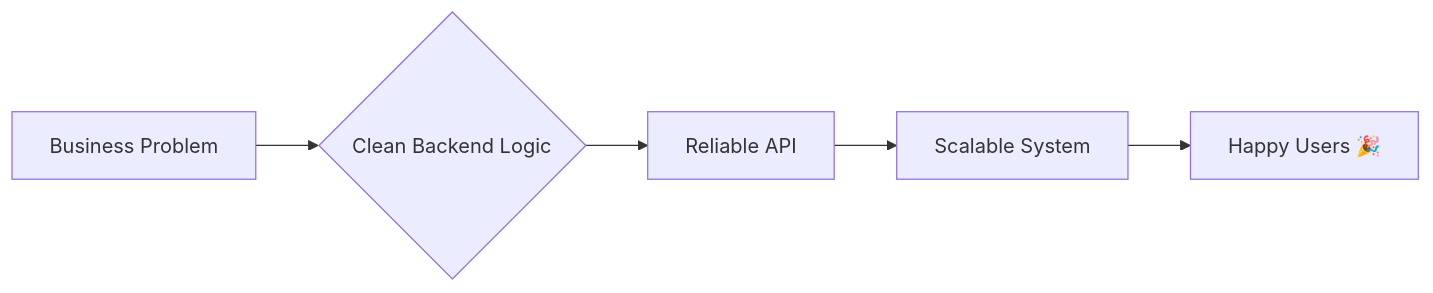
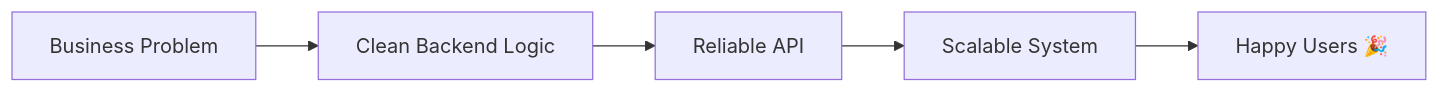
The diagram in README.md (thieuat7/thieuat7), drawn with Mermaid before and after one commit.

Commit message:
Simplify mission diagram node shapes to plain rectangles

````diff
--- a/README.md
+++ b/README.md
@@ -76,7 +76,7 @@
 ```mermaid
 graph LR
-    A[Business Problem] --> B{Clean Backend Logic}
+    A[Business Problem] --> B[Clean Backend Logic]
     B --> C[Reliable API]
     C --> D[Scalable System]
     D --> E[Happy Users 🎉]
 ```
````
